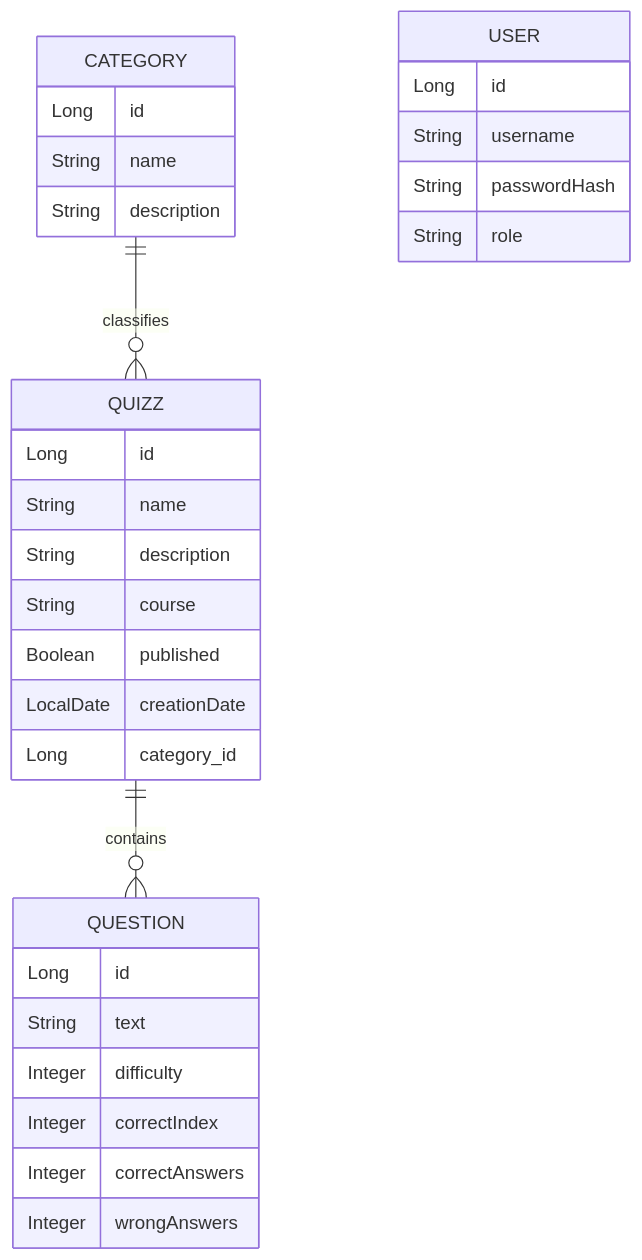
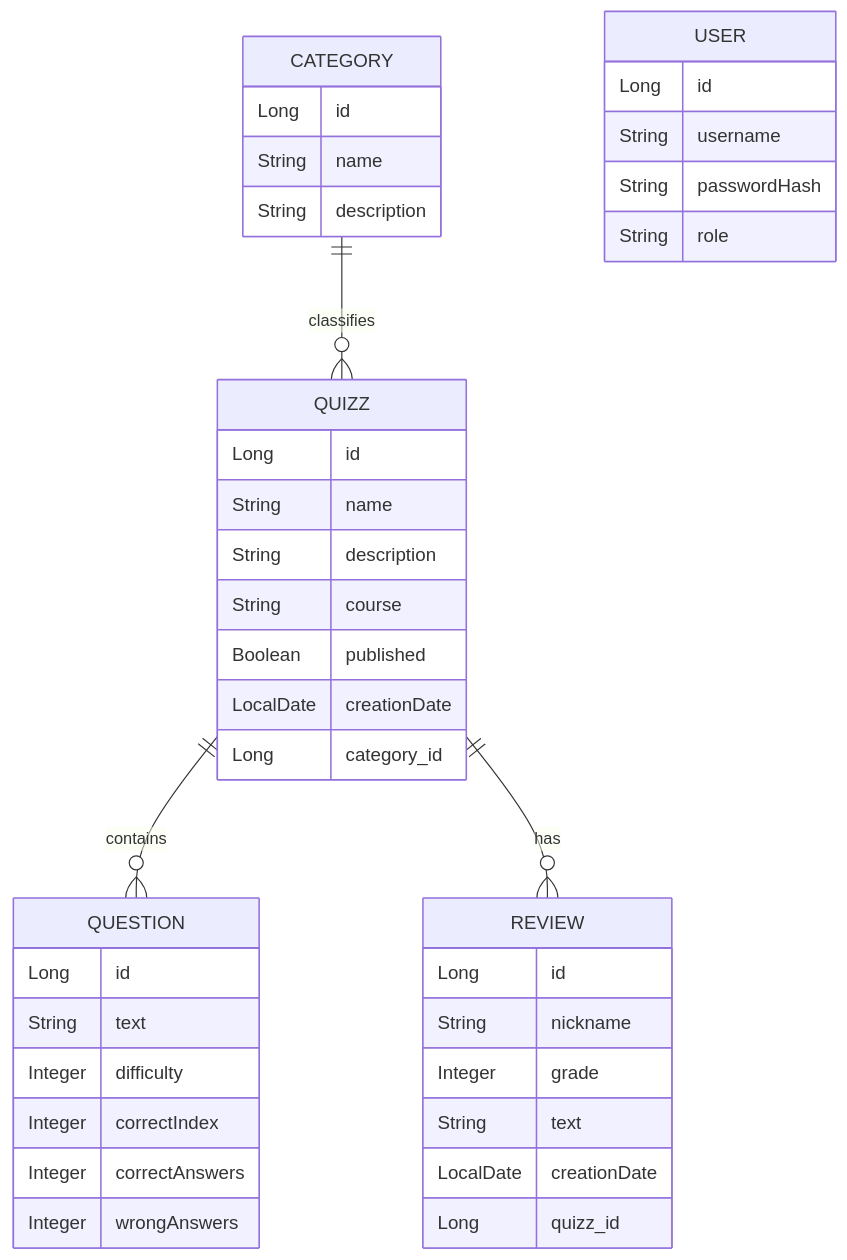
One commit to Push-Pray/Quizzer changed the diagram in README.md. Above: the diagram before and after it, drawn with Mermaid. The commit also changed other lines of this file and 8 other files, not shown here.

Commit message:
Integration tests added (Exercises 10-12). Readme.md updated with running test documentation, ERD updated

````diff
--- a/README.md
+++ b/README.md
@@ -169,38 +188,48 @@
 ```mermaid
 erDiagram
 
     CATEGORY {
         Long id
         String name
         String description
     }
 
     QUIZZ {
         Long id
         String name
         String description
         String course
         Boolean published
         LocalDate creationDate
         Long category_id
     }
 
     QUESTION {
         Long id
         String text
         Integer difficulty
         Integer correctIndex
         Integer correctAnswers
         Integer wrongAnswers
     }
 
     USER {
         Long id
         String username
         String passwordHash
         String role
     }
 
+    REVIEW {
+        Long id
+        String nickname
+        Integer grade
+        String text
+        LocalDate creationDate
+        Long quizz_id
+    }
+
     CATEGORY ||--o{ QUIZZ : classifies
     QUIZZ ||--o{ QUESTION : contains
+    QUIZZ ||--o{ REVIEW : has
 ```
````
